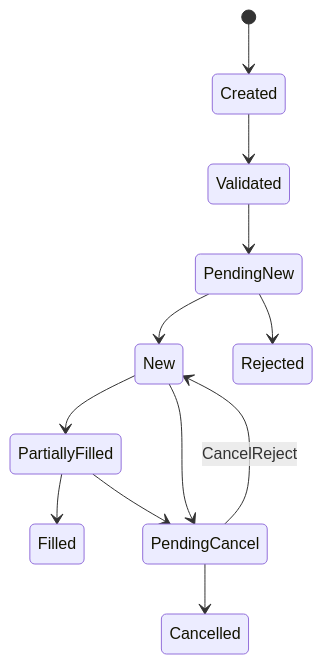
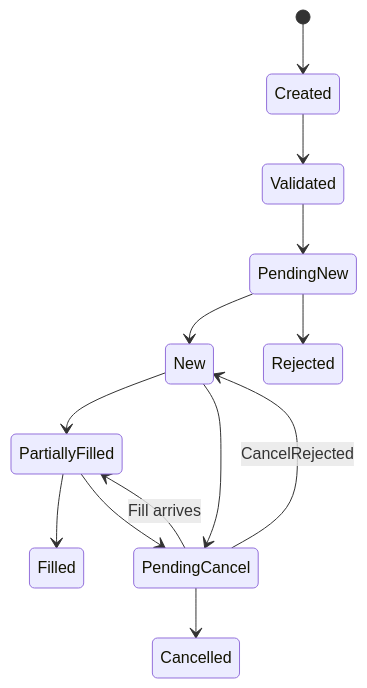
One commit to Trinhduyet/securities.github.io changed the diagram in docs/lectures/06-order-matching/index.md. Above: the diagram before and after it, drawn with Mermaid. The commit also changed other lines of this file and 22 other files, not shown here.

````diff
--- a/docs/lectures/06-order-matching/index.md
+++ b/docs/lectures/06-order-matching/index.md
@@ -78,14 +82,15 @@
 ```mermaid
 stateDiagram-v2
     [*] --> Created
     Created --> Validated
     Validated --> PendingNew
     PendingNew --> New
     PendingNew --> Rejected
     New --> PartiallyFilled
     PartiallyFilled --> Filled
     New --> PendingCancel
     PartiallyFilled --> PendingCancel
     PendingCancel --> Cancelled
-    PendingCancel --> New: CancelReject
+    PendingCancel --> PartiallyFilled: Fill arrives
+    PendingCancel --> New: CancelRejected
 ```
````
